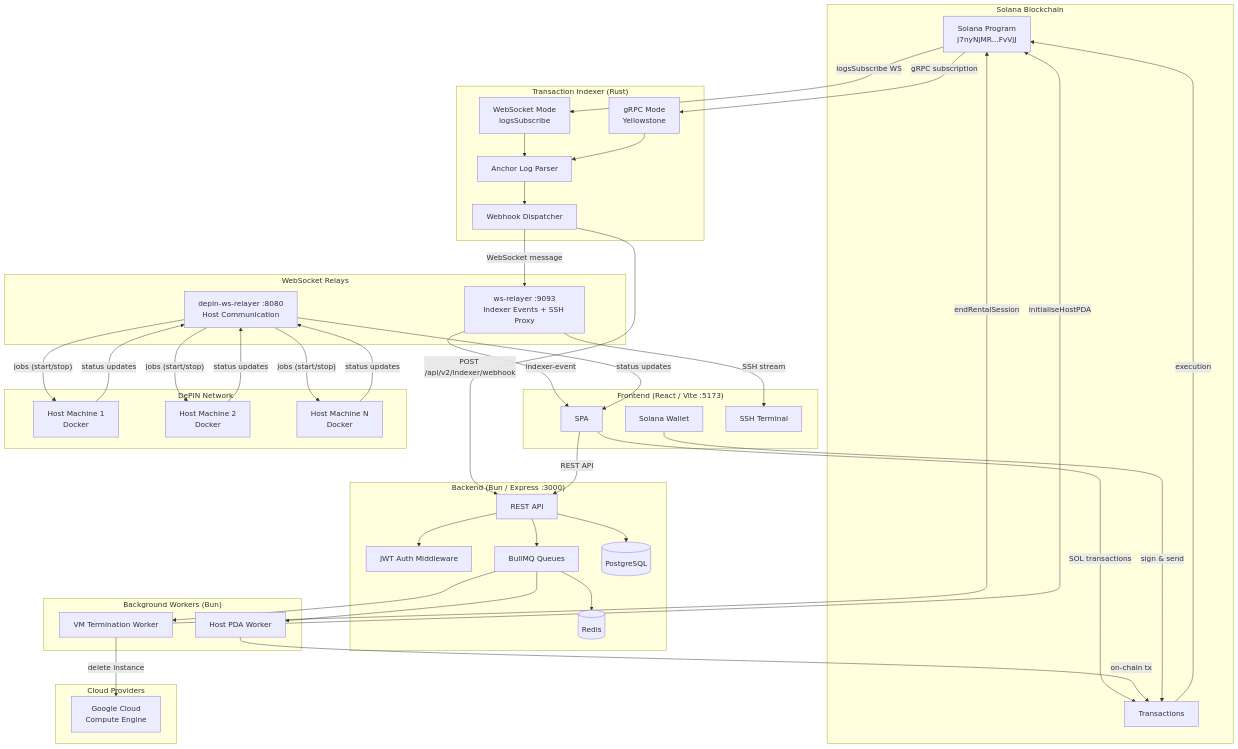
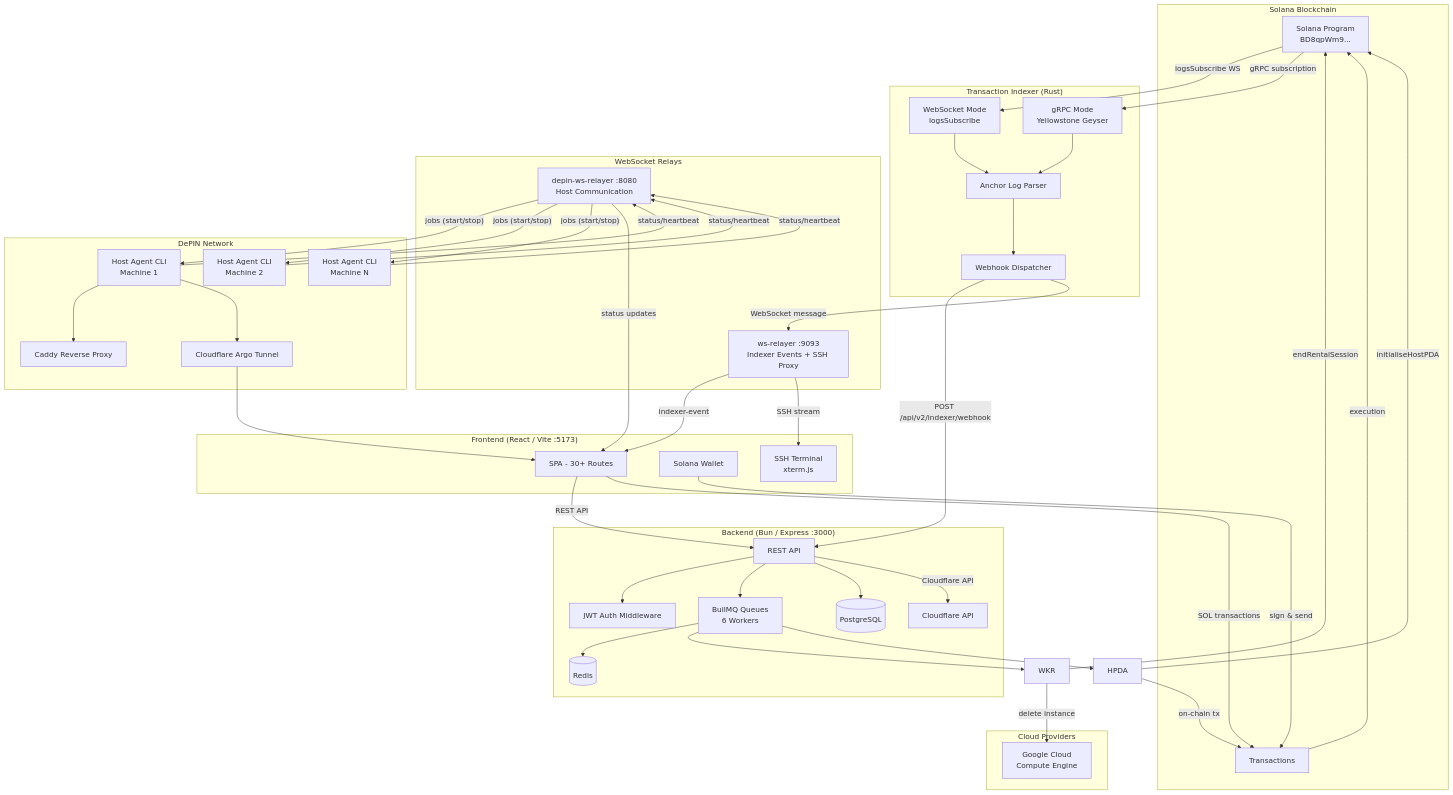
Before and after one commit to Official-Krish/Axion: the first of 3 diagrams in README.md, drawn with Mermaid. The commit also changed other lines of this file, not shown here.

````diff
--- a/README.md
+++ b/README.md
@@ -77,13 +126,13 @@
 ```mermaid
 graph TB
     subgraph Blockchain["Solana Blockchain"]
-        SP[Solana Program<br/>J7nyNjMR...FvVjJ]
+        SP[Solana Program<br/>BD8qpWm9...]
         TX[Transactions]
     end
 
     subgraph Indexer["Transaction Indexer (Rust)"]
         WS[WebSocket Mode<br/>logsSubscribe]
-        GRPC[gRPC Mode<br/>Yellowstone]
+        GRPC[gRPC Mode<br/>Yellowstone Geyser]
         PARSER[Anchor Log Parser]
         NOTIFIER[Webhook Dispatcher]
     end
@@ -91,14 +140,10 @@
     subgraph Backend["Backend (Bun / Express :3000)"]
         API[REST API]
         AUTH[JWT Auth Middleware]
-        BMQ[BullMQ Queues]
+        BMQ[BullMQ Queues<br/>6 Workers]
         DB[(PostgreSQL)]
         REDIS[(Redis)]
-    end
-
-    subgraph Workers["Background Workers (Bun)"]
-        WKR[VM Termination Worker]
-        HPDA[Host PDA Worker]
+        CF[Cloudflare API]
     end
 
     subgraph Relay["WebSocket Relays"]
@@ -107,49 +152,49 @@
     end
 
     subgraph Frontend["Frontend (React / Vite :5173)"]
-        UI[SPA]
+        UI[SPA - 30+ Routes]
         WALLET[Solana Wallet]
-        TERM[SSH Terminal]
+        TERM[SSH Terminal<br/>xterm.js]
     end
 
     subgraph DePIN["DePIN Network"]
-        HOST1[Host Machine 1<br/>Docker]
-        HOST2[Host Machine 2<br/>Docker]
-        HOSTN[Host Machine N<br/>Docker]
+        AGENT1[Host Agent CLI<br/>Machine 1]
+        AGENT2[Host Agent CLI<br/>Machine 2]
+        AGENTN[Host Agent CLI<br/>Machine N]
+        CADDY[Caddy Reverse Proxy]
+        TUNNEL[Cloudflare Argo Tunnel]
     end
 
     subgraph Cloud["Cloud Providers"]
         GCP[Google Cloud<br/>Compute Engine]
     end
 
-    %% Blockchain → Indexer
     SP -- "logsSubscribe WS" --> WS
     SP -- "gRPC subscription" --> GRPC
     WS --> PARSER
     GRPC --> PARSER
     PARSER --> NOTIFIER
 
-    %% Indexer → Backend & Relay
     NOTIFIER -- "POST /api/v2/indexer/webhook" --> API
     NOTIFIER -- "WebSocket message" --> WSR
 
-    %% Relay → Frontend
     WSR -- "indexer-event" --> UI
     WSR -- "SSH stream" --> TERM
 
-    %% Relay → DePIN
-    DPW -- "jobs (start/stop)" --> HOST1
-    DPW -- "jobs (start/stop)" --> HOST2
-    DPW -- "jobs (start/stop)" --> HOSTN
-    HOST1 -- "status updates" --> DPW
-    HOST2 -- "status updates" --> DPW
-    HOSTN -- "status updates" --> DPW
+    DPW -- "jobs (start/stop)" --> AGENT1
+    DPW -- "jobs (start/stop)" --> AGENT2
+    DPW -- "jobs (start/stop)" --> AGENTN
+    AGENT1 -- "status/heartbeat" --> DPW
+    AGENT2 -- "status/heartbeat" --> DPW
+    AGENTN -- "status/heartbeat" --> DPW
 
-    %% Frontend → Backend
+    AGENT1 --> CADDY
+    AGENT1 --> TUNNEL
+    TUNNEL --> UI
+
     UI -- "REST API" --> API
     UI -- "SOL transactions" --> TX
 
-    %% Backend internals
     API --> AUTH
     API --> BMQ
     BMQ --> REDIS
@@ -157,18 +202,16 @@
     BMQ --> WKR
     BMQ --> HPDA
 
-    %% Workers → Cloud
     WKR -- "delete instance" --> GCP
     HPDA -- "on-chain tx" --> TX
 
-    %% Workers → Smart Contract
     WKR -- "endRentalSession" --> SP
     HPDA -- "initialiseHostPDA" --> SP
 
-    %% DePIN → Frontend
     DPW -- "status updates" --> UI
 
-    %% Wallet tx
     WALLET -- "sign & send" --> TX
     TX -- "execution" --> SP
+
+    API -- "Cloudflare API" --> CF
 ```
````
